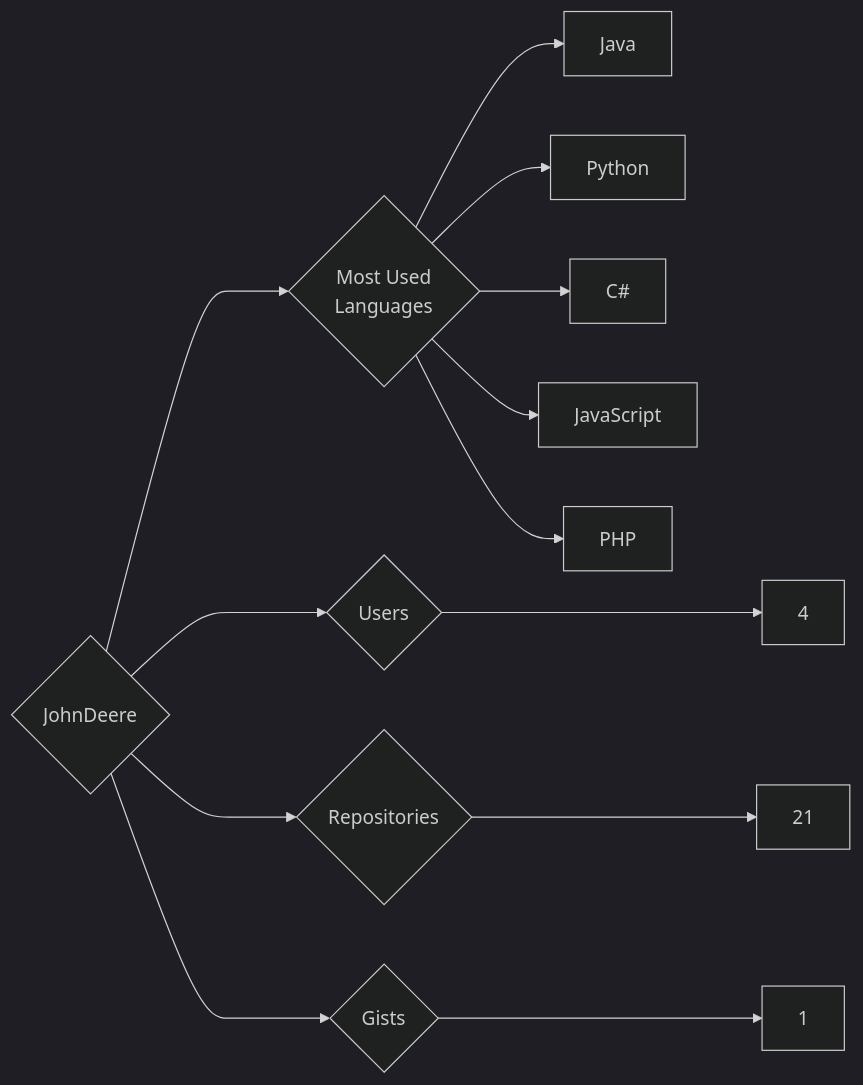
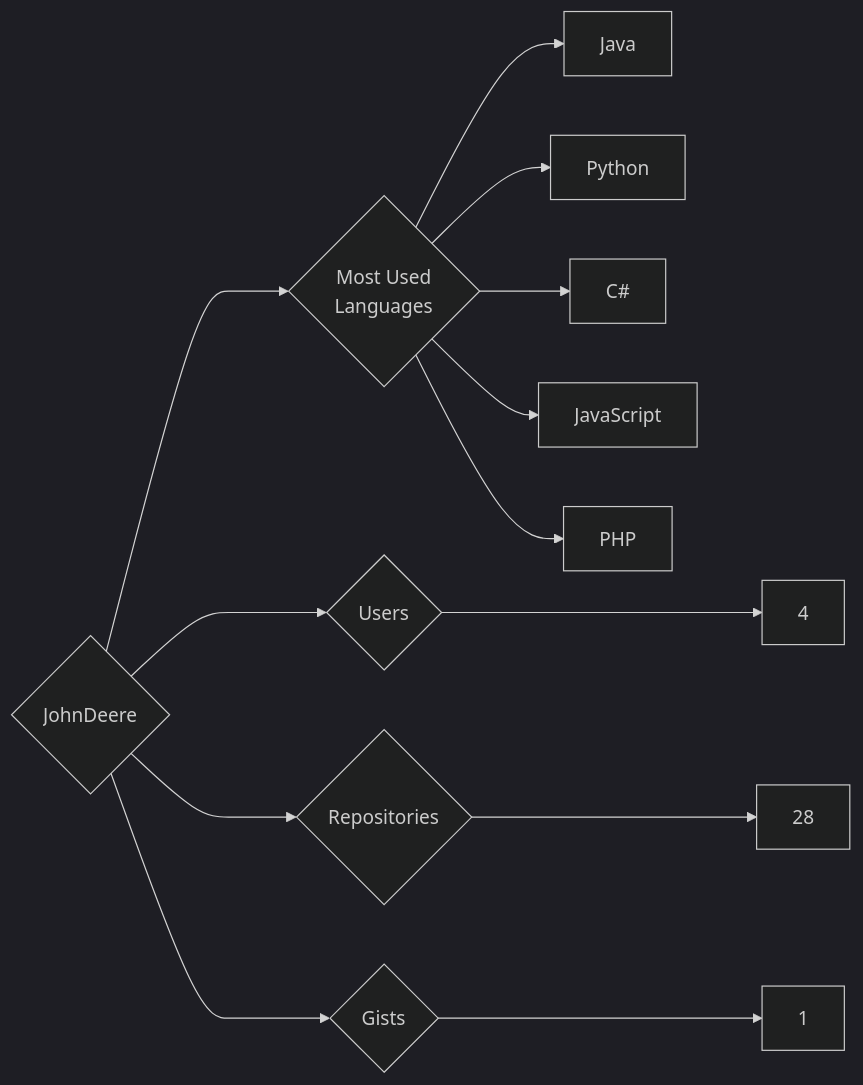
One commit to trickest/insiders changed the diagram in targets/JohnDeere/README.md. Above: the diagram before and after it, drawn with Mermaid (dark theme). The commit also changed 553 other files, not shown here.

````diff
--- a/targets/JohnDeere/README.md
+++ b/targets/JohnDeere/README.md
@@ -3,13 +3,13 @@
 ```mermaid
 graph LR
 COMPANY_NAME{JohnDeere}
 COMPANY_NAME ---> U{Users} ---> UN[4]
-COMPANY_NAME ---> R{Repositories} ---> RN[21]
+COMPANY_NAME ---> R{Repositories} ---> RN[28]
 COMPANY_NAME ---> G{Gists} ---> GN[1]
 COMPANY_NAME ---> ML{Most Used<br>Languages}
 ML --> Java[Java]
 ML --> Python[Python]
 ML --> C#[C#]
 ML --> JavaScript[JavaScript]
 ML --> PHP[PHP]
 ```
````
